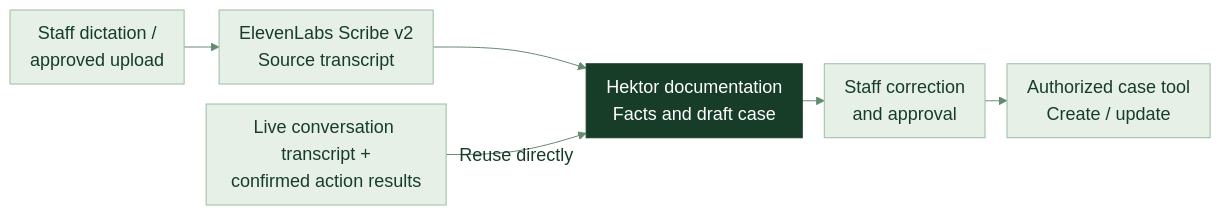
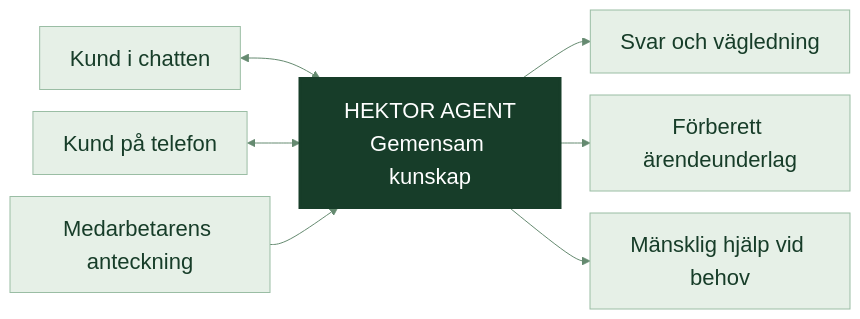
One commit to H-Sami/hektor-chat-pitch changed the second of 2 diagrams in slides.md. Above: the diagram before and after it, drawn with Mermaid. The commit also changed other lines of this file and 13 other files, not shown here.

Commit message:
Create Swedish Hektor Demo focused on customer value and team automation

````diff
--- a/slides.md
+++ b/slides.md
@@ -361,16 +216,11 @@
-```mermaid
-%%{init: {"theme":"base","themeVariables":{"primaryColor":"#e6f0e7","primaryTextColor":"#173d29","primaryBorderColor":"#9abda4","edgeLabelBackground":"transparent","lineColor":"#658a70","fontFamily":"Segoe UI","fontSize":"18px"},"flowchart":{"htmlLabels":false,"curve":"basis","rankSpacing":22,"nodeSpacing":20,"padding":10}}}%%
+```mermaid {scale:0.75}
+%%{init: {"theme":"base","themeVariables":{"primaryColor":"#e6f0e7","primaryTextColor":"#173d29","primaryBorderColor":"#9abda4","edgeLabelBackground":"transparent","lineColor":"#658a70","fontFamily":"Segoe UI","fontSize":"22px"},"flowchart":{"htmlLabels":false,"curve":"basis","rankSpacing":30,"nodeSpacing":22,"padding":15}}}%%
 flowchart LR
- D["Staff dictation /
-approved upload"] --> S["ElevenLabs Scribe v2
-Source transcript"]
- S --> H["Hektor documentation
-Facts and draft case"]
- L["Live conversation transcript +
-confirmed action results"] -->|Reuse directly| H
- H --> R["Staff correction
-and approval"]
- R --> W["Authorized case tool
-Create / update"]
- style H fill:#173d29,color:#ffffff,stroke:#173d29
+ C1["Kund i chatten"] <--> H["HEKTOR AGENT\nGemensam kunskap"]
+ C2["Kund på telefon"] <--> H
+ M["Medarbetarens anteckning"] --> H
+ H --> S["Svar och vägledning"]
+ H --> U["Förberett ärendeunderlag"]
+ H --> P["Mänsklig hjälp vid behov"]
+ style H fill:#173d29,color:#ffffff,stroke:#173d29,stroke-width:3px
 ```
````
